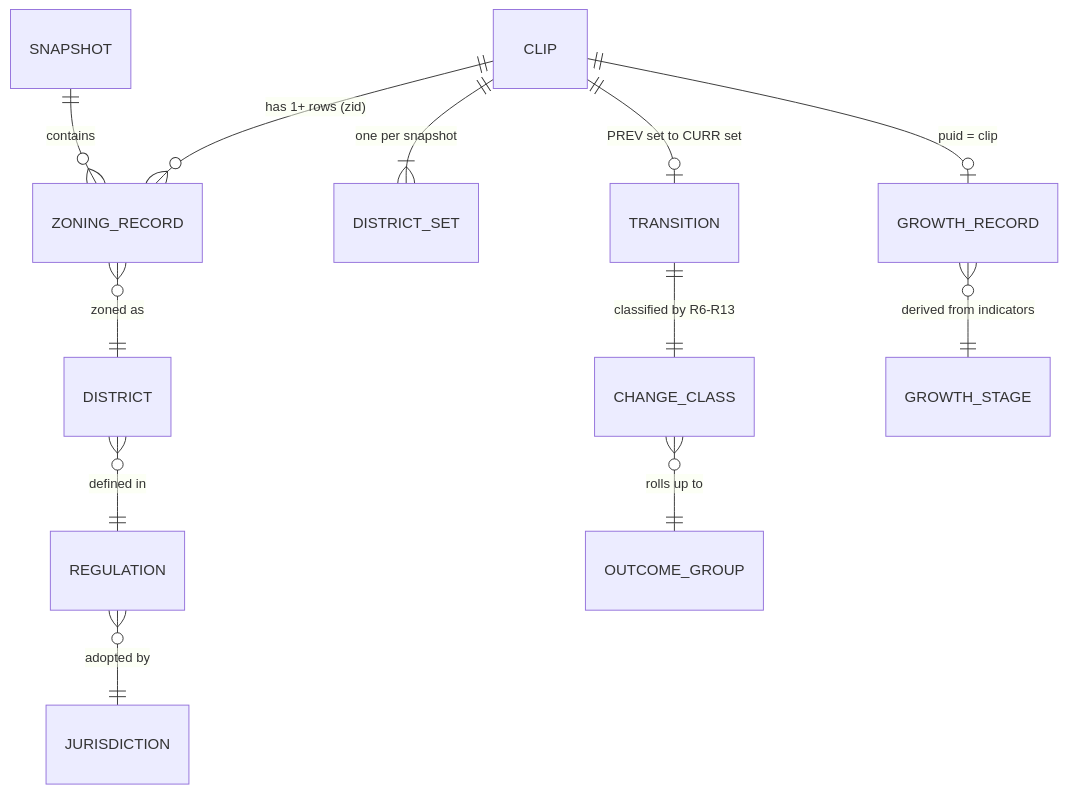
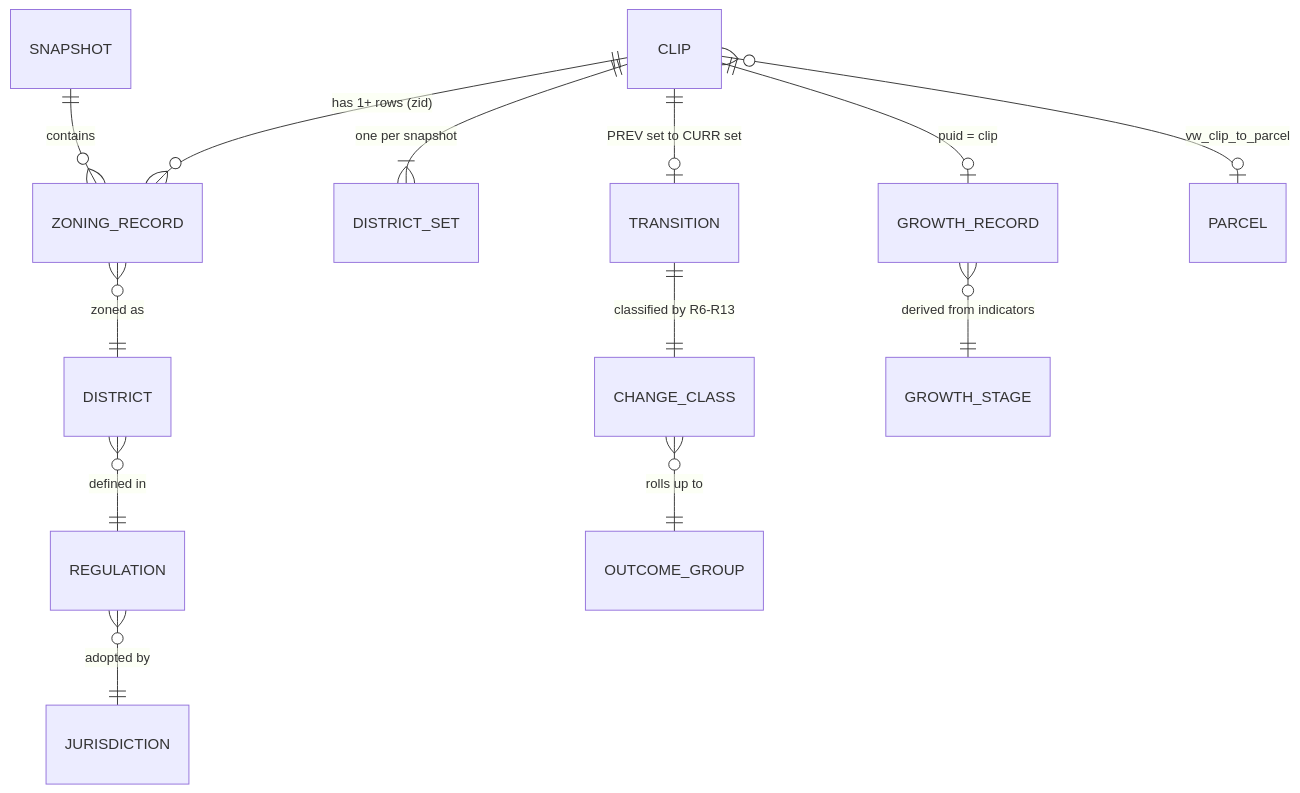
The diagram in docs/glossary.md (eprashar-clgx/growth-intel-V2), drawn with Mermaid before and after one commit. The commit also changed other lines of this file and 4 other files, not shown here.

````diff
--- a/docs/glossary.md
+++ b/docs/glossary.md
@@ -13,14 +13,15 @@
 ```mermaid
 erDiagram
   SNAPSHOT ||--o{ ZONING_RECORD : contains
   CLIP ||--o{ ZONING_RECORD : "has 1+ rows (zid)"
   ZONING_RECORD }o--|| DISTRICT : "zoned as"
   DISTRICT }o--|| REGULATION : "defined in"
   REGULATION }o--|| JURISDICTION : "adopted by"
   CLIP ||--|{ DISTRICT_SET : "one per snapshot"
   CLIP ||--o| TRANSITION : "PREV set to CURR set"
   TRANSITION ||--|| CHANGE_CLASS : "classified by R6-R13"
   CHANGE_CLASS }o--|| OUTCOME_GROUP : "rolls up to"
   CLIP ||--o| GROWTH_RECORD : "puid = clip"
+  CLIP }o--o| PARCEL : "vw_clip_to_parcel"
   GROWTH_RECORD }o--|| GROWTH_STAGE : "derived from indicators"
 ```
````
